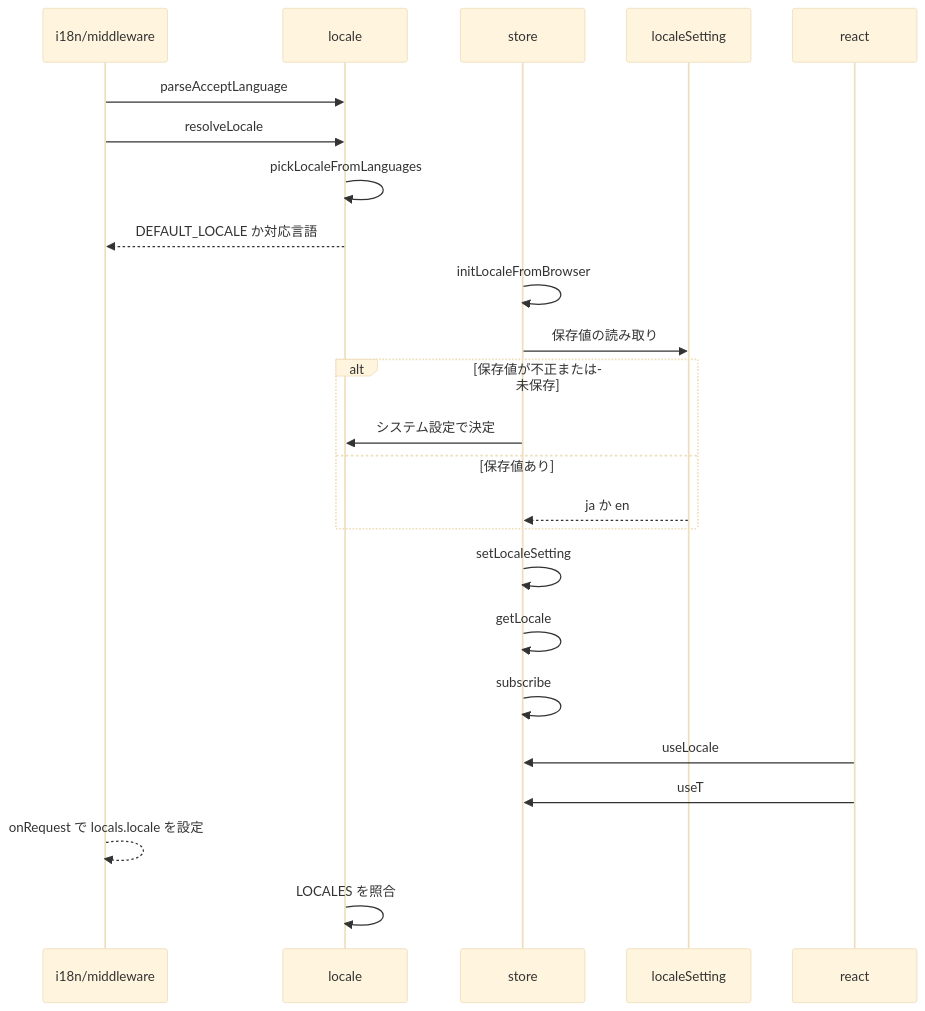
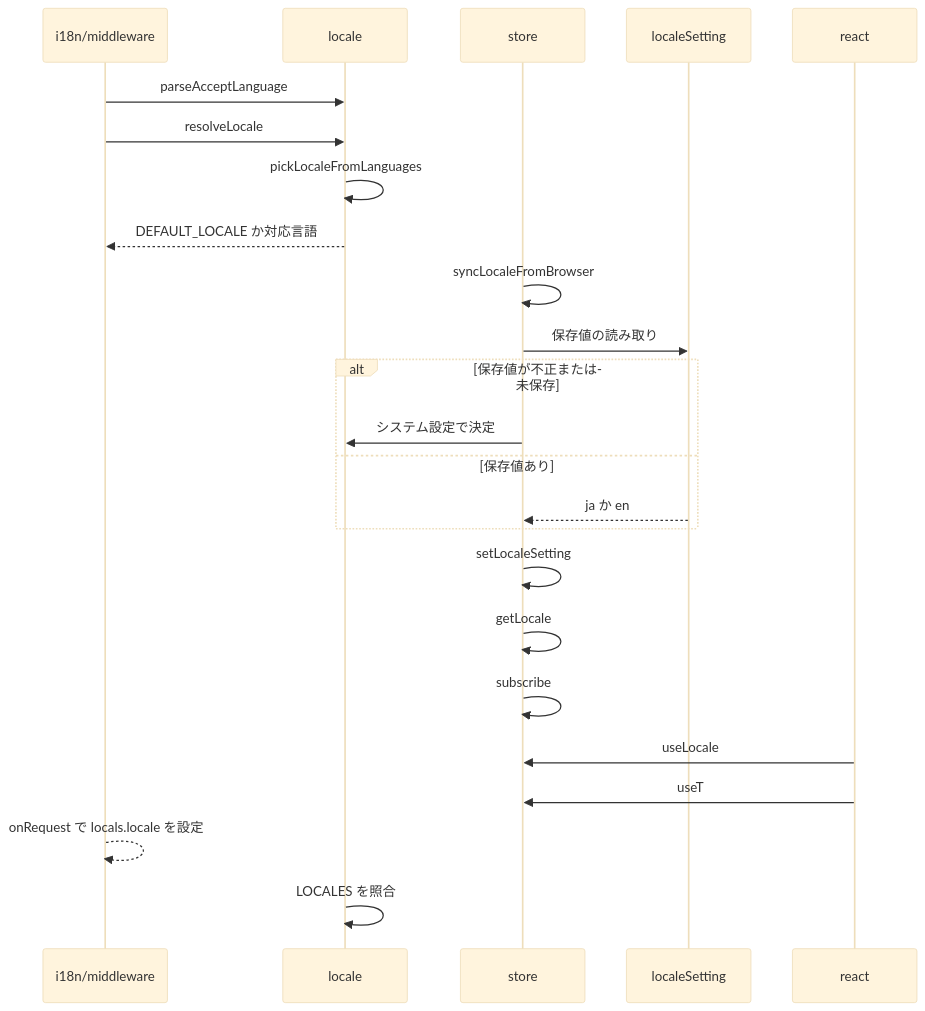
The second of 2 diagrams in .kiro/specs/i18n-locale/design.md (nekono-dev/skyshare), drawn with Mermaid (base theme) before and after one commit. The commit also changed other lines of this file and 57 other files, not shown here.

````diff
--- a/.kiro/specs/i18n-locale/design.md
+++ b/.kiro/specs/i18n-locale/design.md
@@ -87,26 +88,26 @@
 ```mermaid
 sequenceDiagram
   participant im as i18n/middleware
   participant locale
   participant store
   participant localeSetting
   participant react
   im->>locale: parseAcceptLanguage
   im->>locale: resolveLocale
   locale->>locale: pickLocaleFromLanguages
   locale-->>im: DEFAULT_LOCALE か対応言語
-  store->>store: initLocaleFromBrowser
+  store->>store: syncLocaleFromBrowser
   store->>localeSetting: 保存値の読み取り
   alt 保存値が不正または未保存
     store->>locale: システム設定で決定
   else 保存値あり
     localeSetting-->>store: ja か en
   end
   store->>store: setLocaleSetting
   store->>store: getLocale
   store->>store: subscribe
   react->>store: useLocale
   react->>store: useT
   im-->>im: onRequest で locals.locale を設定
   locale->>locale: LOCALES を照合
 ```
````
